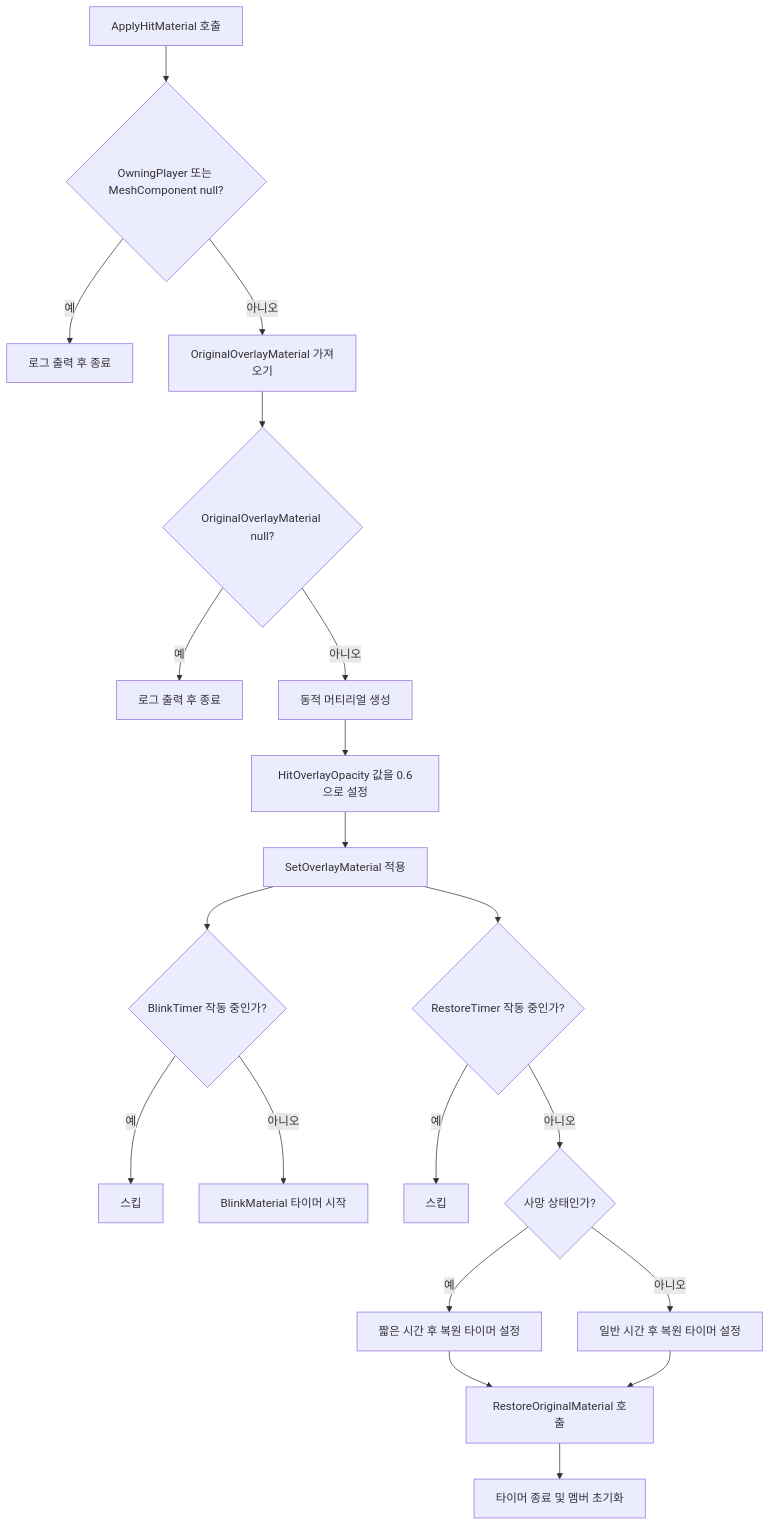
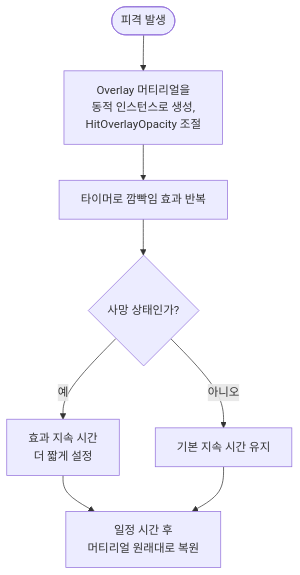
The diagram in README.md (WJMcode/Project_CavesBasic), drawn with Mermaid before and after one commit.

````diff
--- a/README.md
+++ b/README.md
@@ -131,27 +131,10 @@
 ```mermaid
 flowchart TD
-    A[ApplyHitMaterial 호출] --> B{OwningPlayer 또는 MeshComponent null?}
-    B -- 예 --> Z1[로그 출력 후 종료]
-    B -- 아니오 --> C[OriginalOverlayMaterial 가져오기]
-    C --> D{OriginalOverlayMaterial null?}
-    D -- 예 --> Z2[로그 출력 후 종료]
-    D -- 아니오 --> E[동적 머티리얼 생성]
-    E --> F[HitOverlayOpacity 값을 0.6으로 설정]
-    F --> G[SetOverlayMaterial 적용]
-
-    G --> H{BlinkTimer 작동 중인가?}
-    H -- 예 --> I[스킵]
-    H -- 아니오 --> J[BlinkMaterial 타이머 시작]
-
-    G --> K{RestoreTimer 작동 중인가?}
-    K -- 예 --> L[스킵]
-    K -- 아니오 --> M{사망 상태인가?}
-
-    M -- 예 --> N[짧은 시간 후 복원 타이머 설정]
-    M -- 아니오 --> O[일반 시간 후 복원 타이머 설정]
-
-    N --> P[RestoreOriginalMaterial 호출]
-    O --> P
-
-    P --> Q[타이머 종료 및 멤버 초기화]
+    A([피격 발생]) --> B[Overlay 머티리얼을<br>동적 인스턴스로 생성,<br>HitOverlayOpacity 조절]
+    B --> C[타이머로 깜빡임 효과 반복]
+    C --> D{사망 상태인가?}
+    D -- 예 --> E[효과 지속 시간<br>더 짧게 설정]
+    D -- 아니오 --> F[기본 지속 시간 유지]
+    E --> G[일정 시간 후<br>머티리얼 원래대로 복원]
+    F --> G
 ```
````
